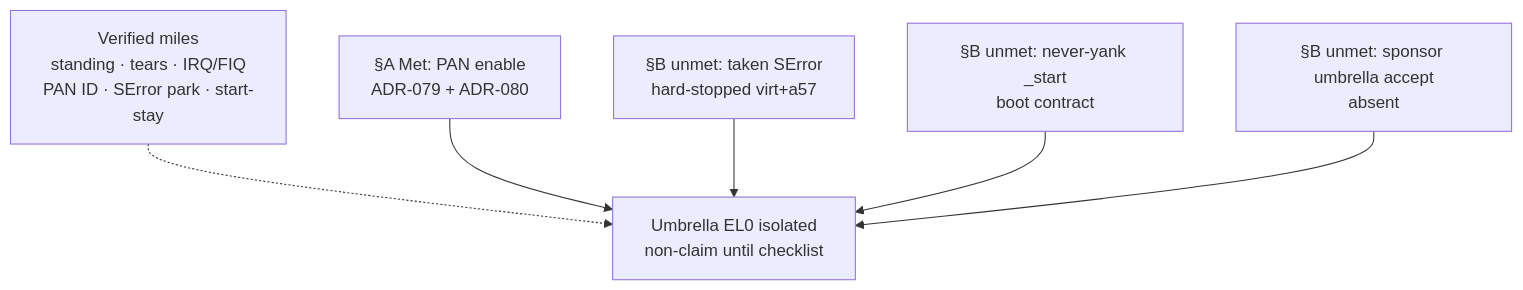
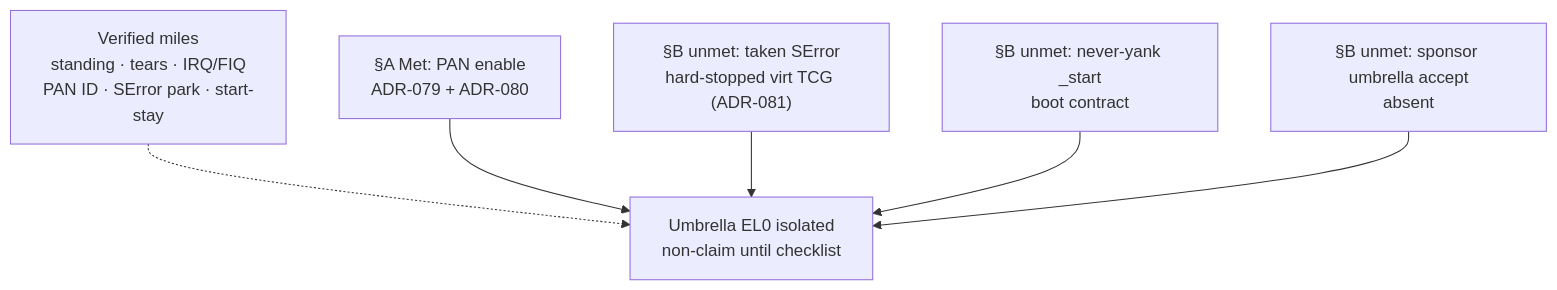
Before and after one commit to artofdream/ctos: the diagram in docs/03-adr/ADR-060-isolation-leftovers-closure-checklist.md, drawn with Mermaid. The commit also changed other lines of this file and 17 other files, not shown here.

First line of the commit message:
docs: ADR-081 taken SError reopen — still blocked on virt TCG

````diff
--- a/docs/03-adr/ADR-060-isolation-leftovers-closure-checklist.md
+++ b/docs/03-adr/ADR-060-isolation-leftovers-closure-checklist.md
@@ -37,14 +37,14 @@
 ```mermaid
 flowchart TD
   V["Verified miles<br/>standing · tears · IRQ/FIQ<br/>PAN ID · SError park · start-stay"]
   B1["§A Met: PAN enable<br/>ADR-079 + ADR-080"]
-  B2["§B unmet: taken SError<br/>hard-stopped virt+a57"]
+  B2["§B unmet: taken SError<br/>hard-stopped virt TCG (ADR-081)"]
   B3["§B unmet: never-yank _start<br/>boot contract"]
   B4["§B unmet: sponsor umbrella accept<br/>absent"]
   U["Umbrella EL0 isolated<br/>non-claim until checklist"]
   V -.-> U
   B1 --> U
   B2 --> U
   B3 --> U
   B4 --> U
 ```
````
